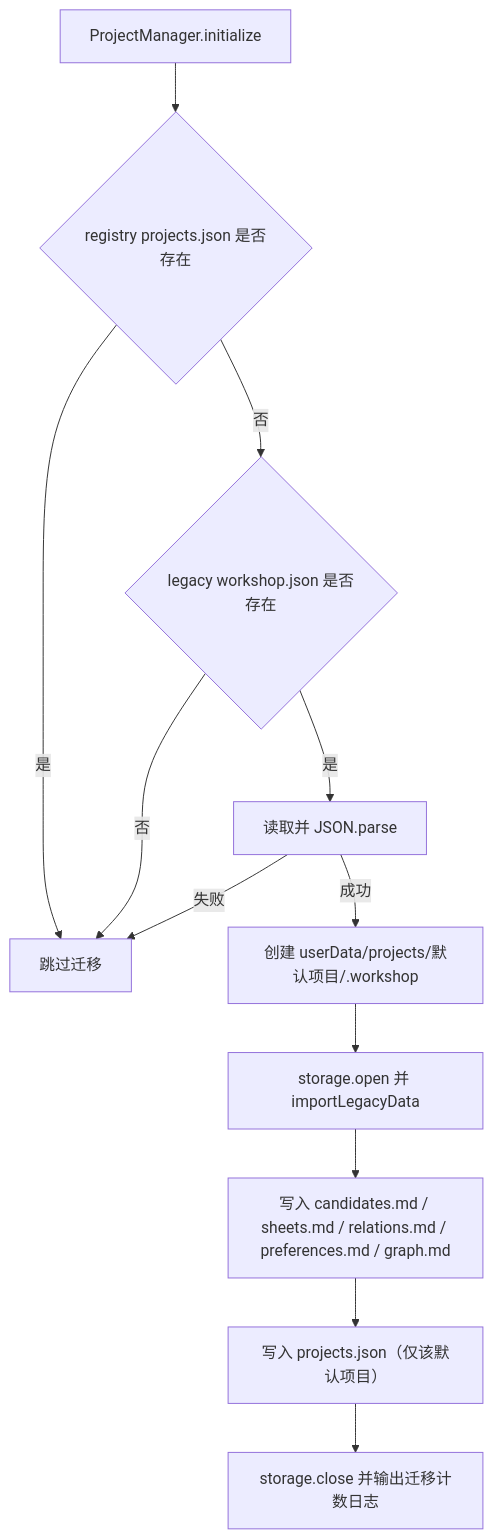
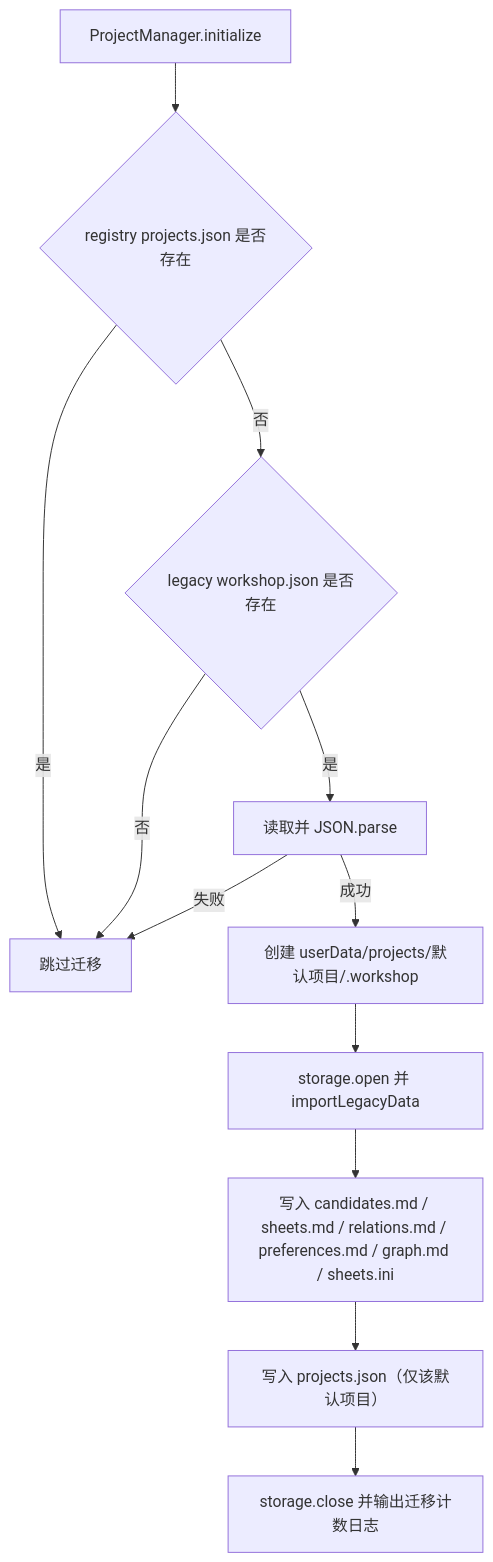
The second of 2 diagrams in docs/prd/07-persistence-and-ipc.md (the-writer/creative-workshop), drawn with Mermaid before and after one commit. The commit also changed other lines of this file and 7 other files, not shown here.

Commit message:
feat: generate grouped sheets.ini in workshop data

````diff
--- a/docs/prd/07-persistence-and-ipc.md
+++ b/docs/prd/07-persistence-and-ipc.md
@@ -330,14 +354,14 @@
 ```mermaid
 flowchart TD
   A[ProjectManager.initialize] --> B{registry projects.json 是否存在}
   B -- 是 --> Z[跳过迁移]
   B -- 否 --> C{legacy workshop.json 是否存在}
   C -- 否 --> Z
   C -- 是 --> D[读取并 JSON.parse]
   D -- 失败 --> Z
   D -- 成功 --> E[创建 userData/projects/默认项目/.workshop]
   E --> F[storage.open 并 importLegacyData]
-  F --> G[写入 candidates.md / sheets.md / relations.md / preferences.md / graph.md]
+  F --> G[写入 candidates.md / sheets.md / relations.md / preferences.md / graph.md / sheets.ini]
   G --> H[写入 projects.json（仅该默认项目）]
   H --> I[storage.close 并输出迁移计数日志]
 ```
````
